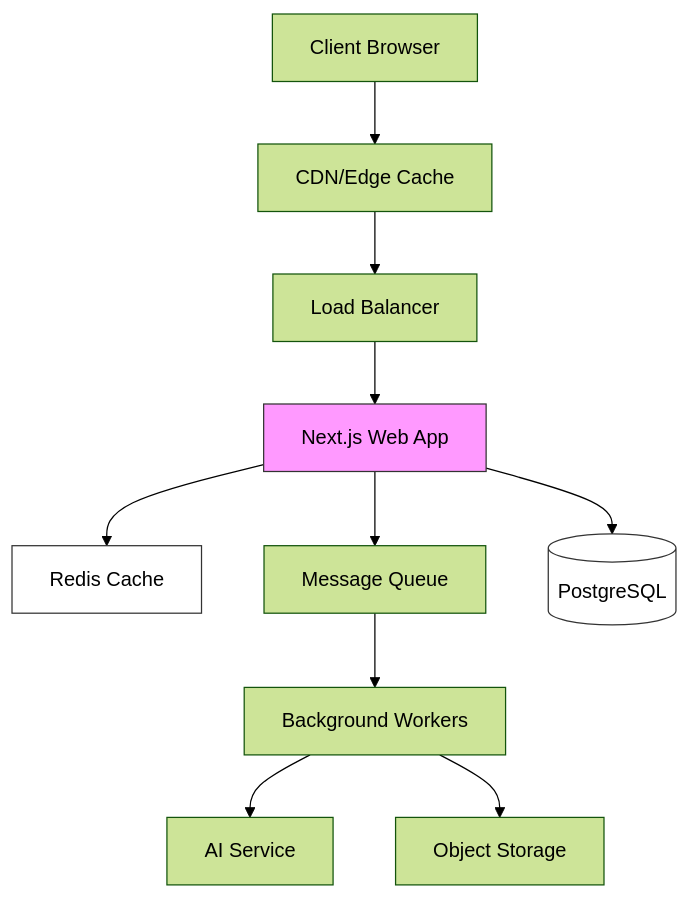
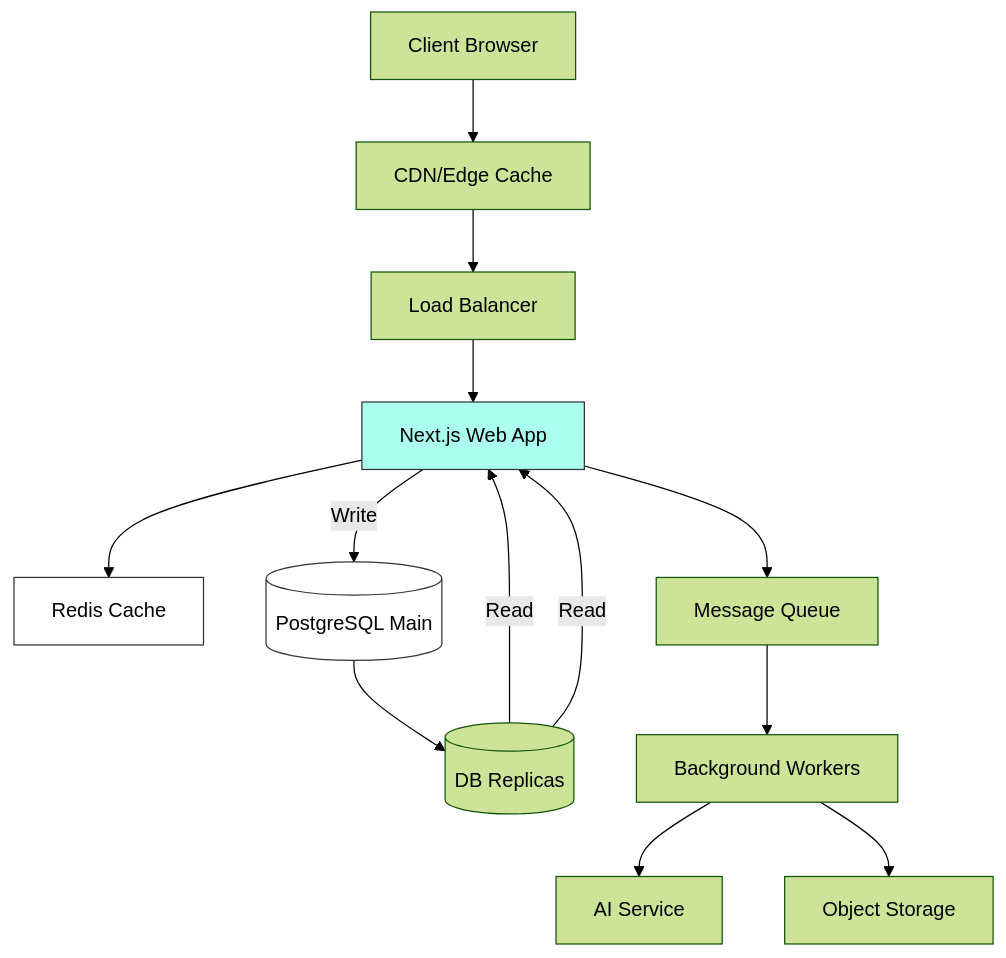
One commit to akakiplimo/shamiri changed the diagram in README.md. Above: the diagram before and after it, drawn with Mermaid (forest theme).

Commit message:
add comprehensive documentation highlighting all important issues

````diff
--- a/README.md
+++ b/README.md
@@ -341,16 +341,19 @@
 ```mermaid
 graph TD
     Client[Client Browser] --> CDN[CDN/Edge Cache]
     CDN --> LB[Load Balancer]
     LB --> WebApp[Next.js Web App]
     WebApp --> Cache[Redis Cache]
     WebApp --> Queue[Message Queue]
-    WebApp --> DB[(PostgreSQL)]
+    WebApp --> |Write| DB[(PostgreSQL Main)]
+    DB --> DBReplica[(DB Replicas)]
+    DBReplica --> |Read| WebApp
+    DBReplica --> |Read| WebApp
     Queue --> Workers[Background Workers]
     Workers --> AI[AI Service]
     Workers --> Storage[Object Storage]
 
-    style WebApp fill:#f9f,stroke:#333
+    style WebApp fill:#afe,stroke:#333
     style Cache fill:#fff,stroke:#333
     style DB fill:#fff,stroke:#333
 ```
````
